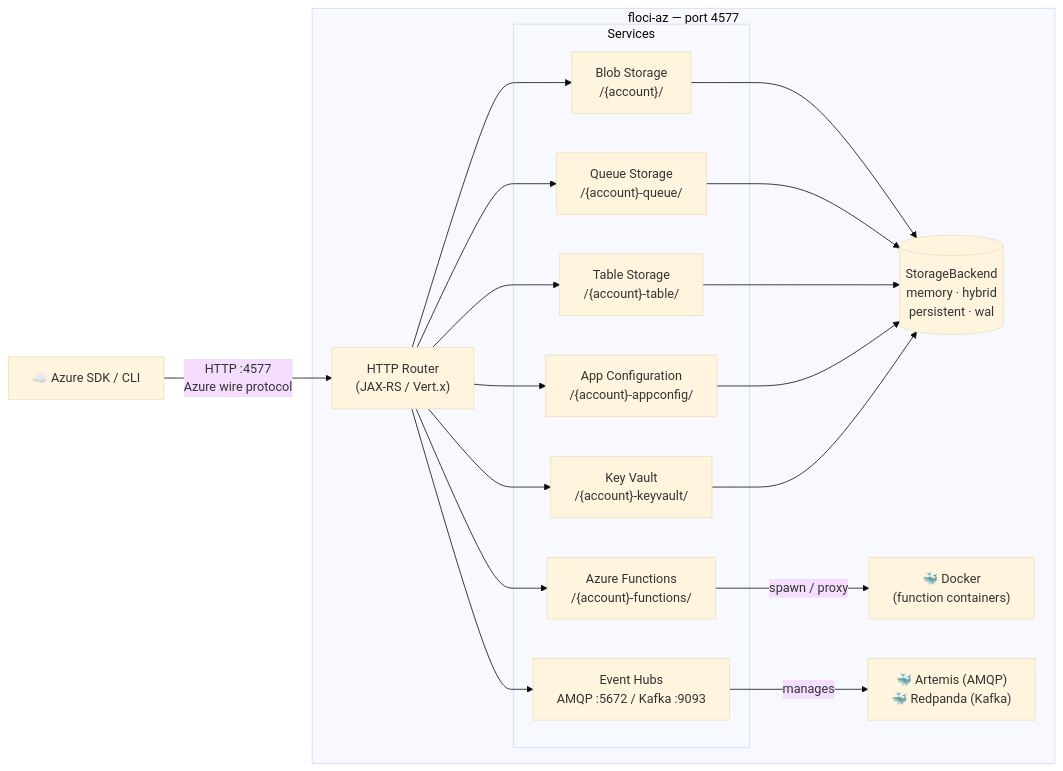
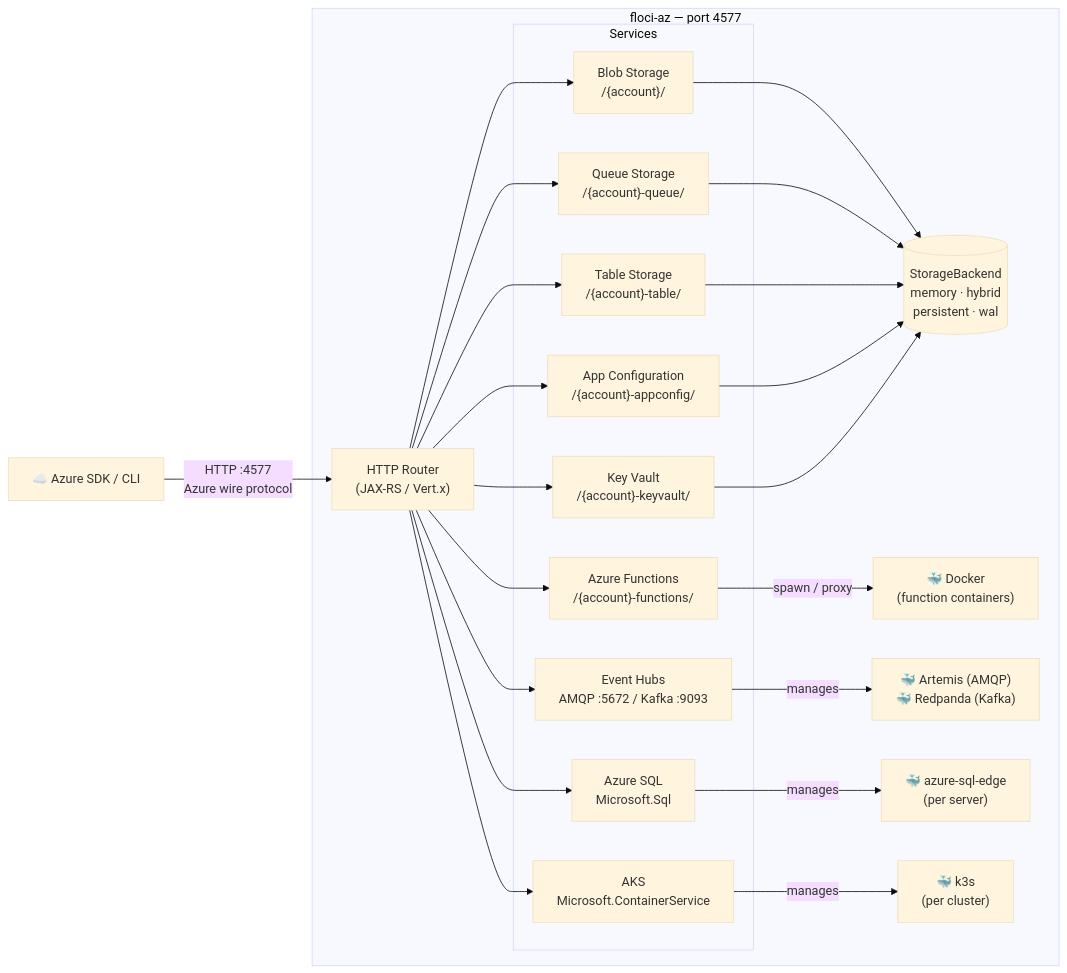
One commit to floci-io/floci-az changed the diagram in README.md. Above: the diagram before and after it, drawn with Mermaid (base theme). The commit also changed other lines of this file and 15 other files, not shown here.

First line of the commit message:
feat(aks): Add Azure Kubernetes Service emulation with k3s

````diff
--- a/README.md
+++ b/README.md
@@ -153,31 +155,37 @@
 ```mermaid
 flowchart LR
     Client["☁️ Azure SDK / CLI"]
 
     subgraph floci-az ["floci-az — port 4577"]
         Router["HTTP Router\n(JAX-RS / Vert.x)"]
 
         subgraph Services ["Services"]
             A["Blob Storage\n/{account}/"]
             B["Queue Storage\n/{account}-queue/"]
             C["Table Storage\n/{account}-table/"]
             D["Azure Functions\n/{account}-functions/"]
             E["App Configuration\n/{account}-appconfig/"]
             F["Key Vault\n/{account}-keyvault/"]
             G["Event Hubs\nAMQP :5672 / Kafka :9093"]
+            H["Azure SQL\nMicrosoft.Sql"]
+            I["AKS\nMicrosoft.ContainerService"]
         end
 
         Router --> A
         Router --> B
         Router --> C
         Router --> D
         Router --> E
         Router --> F
         Router --> G
+        Router --> H
+        Router --> I
         A & B & C & E & F --> Store[("StorageBackend\nmemory · hybrid\npersistent · wal")]
         D -->|" spawn / proxy "| Docker["🐳 Docker\n(function containers)"]
         G -->|" manages "| Sidecars["🐳 Artemis (AMQP)\n🐳 Redpanda (Kafka)"]
+        H -->|" manages "| SqlContainers["🐳 azure-sql-edge\n(per server)"]
+        I -->|" manages "| K3s["🐳 k3s\n(per cluster)"]
     end
 
     Client -->|" HTTP :4577\nAzure wire protocol "| Router
 ```
````
